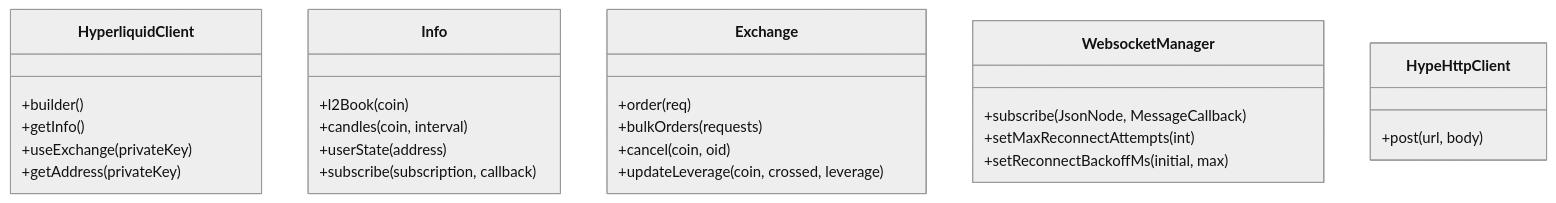
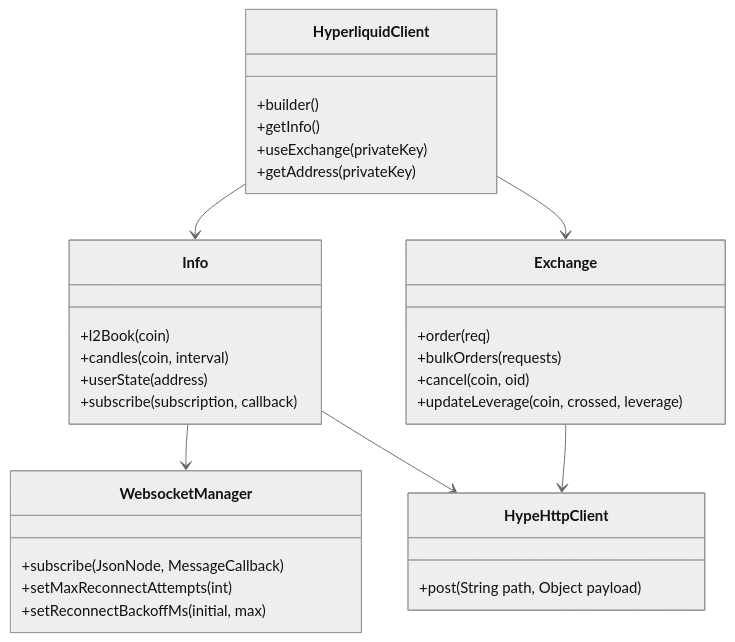
The diagram in README.md (ottuzzi/hyperliquid-java-sdk), drawn with Mermaid (neutral theme) before and after one commit. The commit also changed 1 other file, not shown here.

````diff
--- a/README.md
+++ b/README.md
@@ -35,30 +35,34 @@
 ```mermaid
 classDiagram
     class HyperliquidClient {
       +builder()
       +getInfo()
       +useExchange(privateKey)
       +getAddress(privateKey)
     }
     class Info {
       +l2Book(coin)
       +candles(coin, interval)
       +userState(address)
       +subscribe(subscription, callback)
     }
     class Exchange {
       +order(req)
       +bulkOrders(requests)
       +cancel(coin, oid)
       +updateLeverage(coin, crossed, leverage)
     }
     class WebsocketManager {
       +subscribe(JsonNode, MessageCallback)
       +setMaxReconnectAttempts(int)
       +setReconnectBackoffMs(initial, max)
     }
     class HypeHttpClient {
-      +post(url, body)
+      +post(String path, Object payload) 
     }
-   
+    HyperliquidClient --> Info
+    HyperliquidClient --> Exchange
+    Info --> WebsocketManager
+    Info --> HypeHttpClient
+    Exchange --> HypeHttpClient
 ```
````
